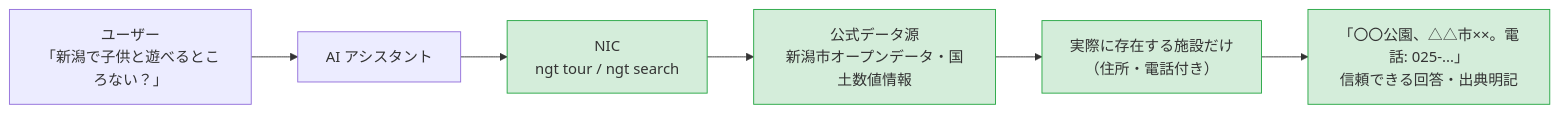
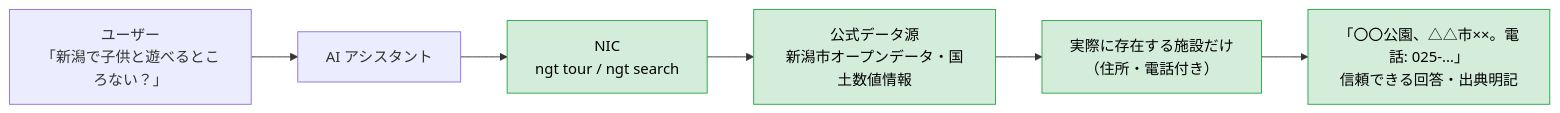
Before and after one commit to Cinnamobot/nic: the second of 2 diagrams in README.md, drawn with Mermaid. The commit also changed other lines of this file, not shown here.

Commit message:
Mermaid図のノード文字色を黒に明示指定(背景色とのコントラスト確保)

````diff
--- a/README.md
+++ b/README.md
@@ -88,13 +88,13 @@
 ```mermaid
 flowchart LR
     A[ユーザー<br>「新潟で子供と遊べるところない？」] --> B[AI アシスタント]
     B --> C[NIC<br>ngt tour / ngt search]
     C --> D[公式データ源<br>新潟市オープンデータ・国土数値情報]
     D --> E[実際に存在する施設だけ<br>（住所・電話付き）]
     E --> F[「〇〇公園、△△市××。電話: 025-...」<br>信頼できる回答・出典明記]
 
-    style C fill:#d4edda,stroke:#28a745
-    style D fill:#d4edda,stroke:#28a745
-    style E fill:#d4edda,stroke:#28a745
-    style F fill:#d4edda,stroke:#28a745
+    style C fill:#d4edda,stroke:#28a745,color:#000
+    style D fill:#d4edda,stroke:#28a745,color:#000
+    style E fill:#d4edda,stroke:#28a745,color:#000
+    style F fill:#d4edda,stroke:#28a745,color:#000
 ```
````
